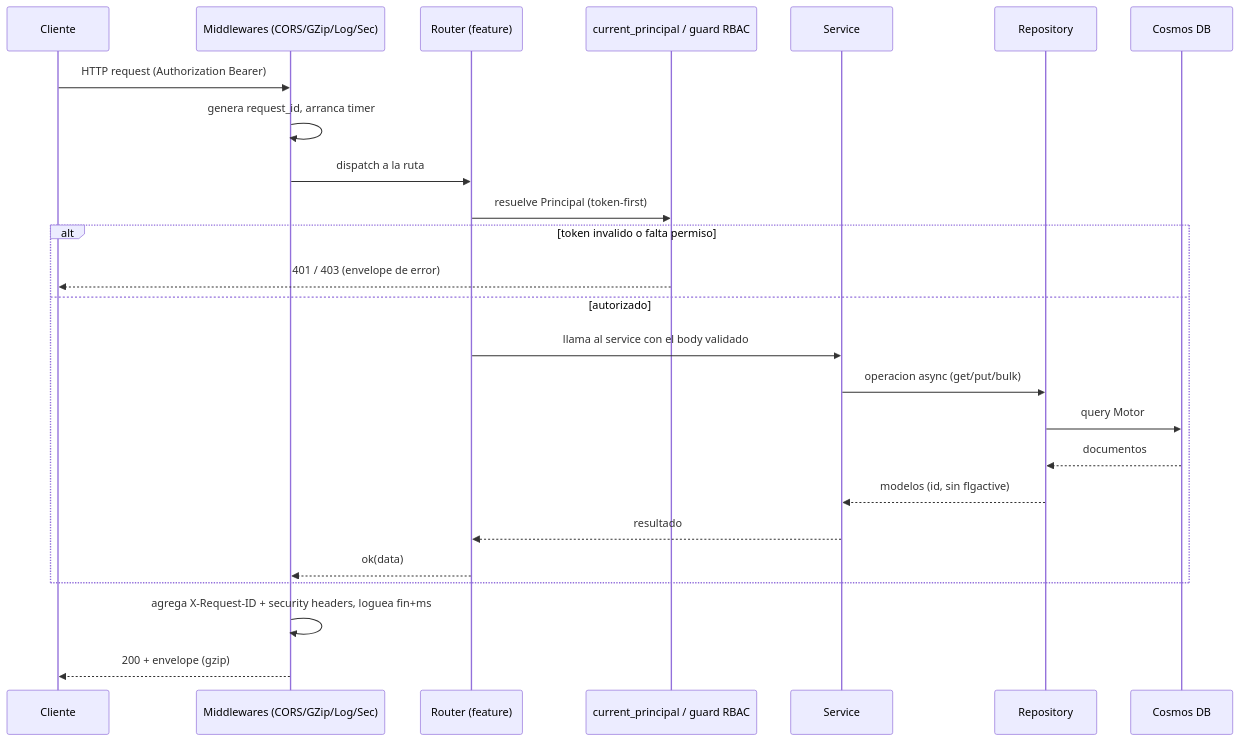
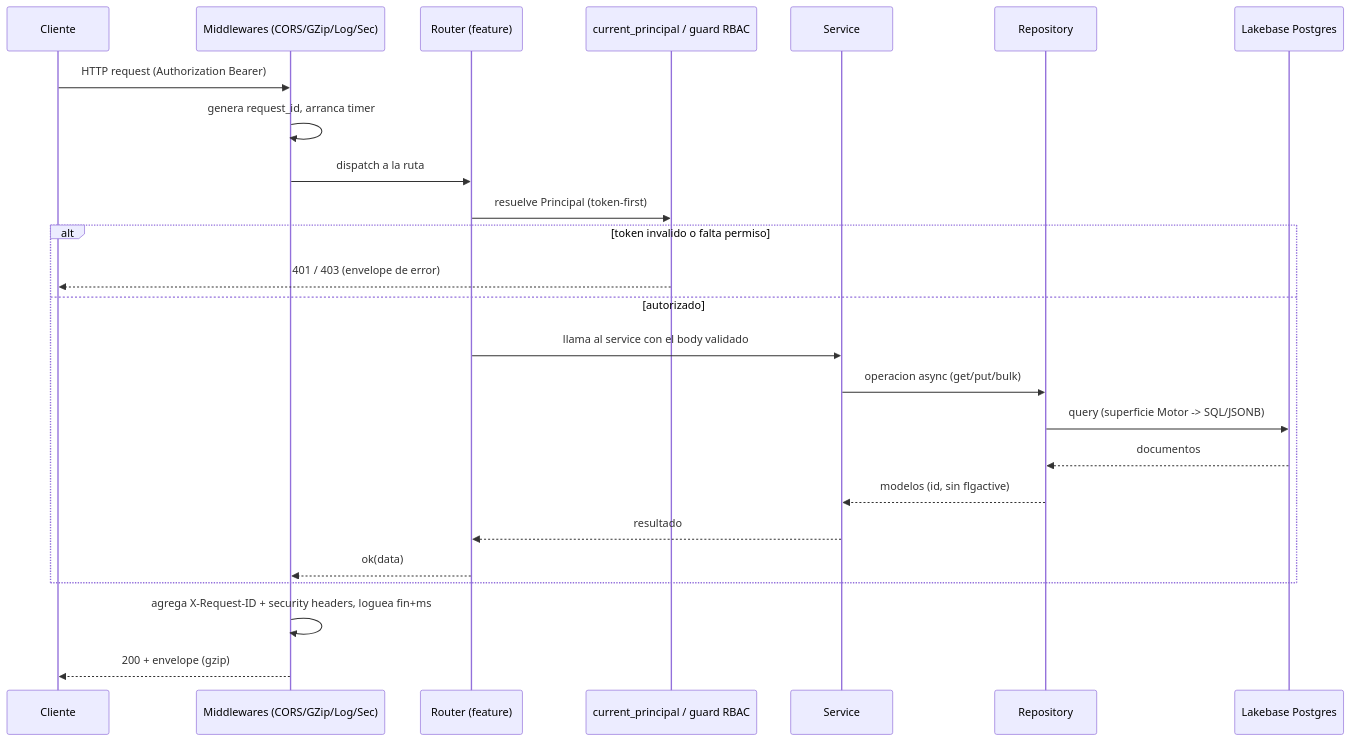
The second of 7 diagrams in doc/arquitectura.md (Carlosmps97/backend-data-model-hub), drawn with Mermaid before and after one commit. The commit also changed other lines of this file and 8 other files, not shown here.

````diff
--- a/doc/arquitectura.md
+++ b/doc/arquitectura.md
@@ -233,28 +251,28 @@
 ```mermaid
 sequenceDiagram
     participant C as Cliente
     participant MW as Middlewares (CORS/GZip/Log/Sec)
     participant RT as Router (feature)
     participant AUTH as current_principal / guard RBAC
     participant SV as Service
     participant RP as Repository
-    participant DB as Cosmos DB
+    participant DB as Lakebase Postgres
 
     C->>MW: HTTP request (Authorization Bearer)
     MW->>MW: genera request_id, arranca timer
     MW->>RT: dispatch a la ruta
     RT->>AUTH: resuelve Principal (token-first)
     alt token invalido o falta permiso
         AUTH-->>C: 401 / 403 (envelope de error)
     else autorizado
         RT->>SV: llama al service con el body validado
         SV->>RP: operacion async (get/put/bulk)
-        RP->>DB: query Motor
+        RP->>DB: query (superficie Motor -> SQL/JSONB)
         DB-->>RP: documentos
         RP-->>SV: modelos (id, sin flgactive)
         SV-->>RT: resultado
         RT-->>MW: ok(data)
     end
     MW->>MW: agrega X-Request-ID + security headers, loguea fin+ms
     MW-->>C: 200 + envelope (gzip)
 ```
````
